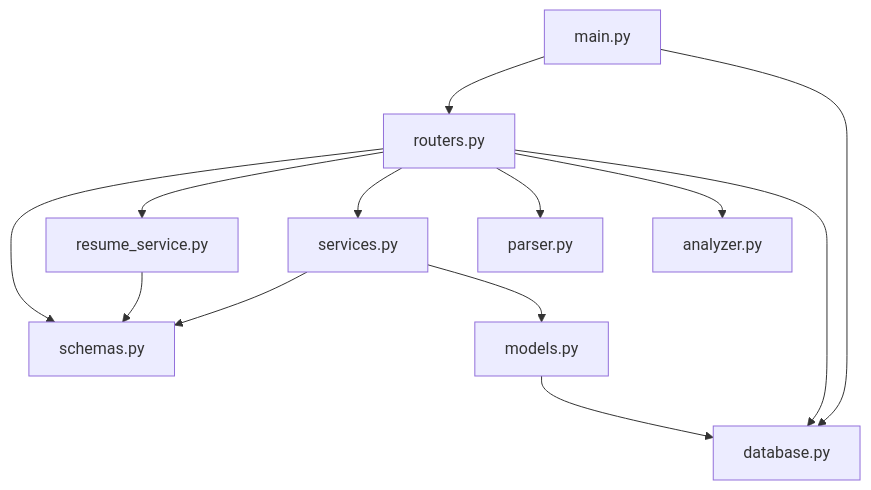
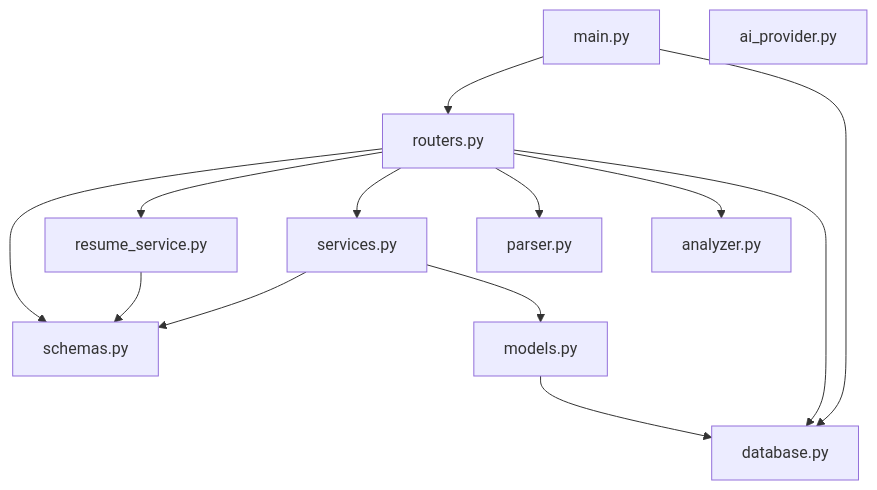
Before and after one commit to walteryt0994/RoleRadar: the diagram in README.md, drawn with Mermaid. The commit also changed other lines of this file and 4 other files, not shown here.

````diff
--- a/README.md
+++ b/README.md
@@ -455,17 +478,19 @@
 ```mermaid
 flowchart TD
     main["main.py"] --> routers["routers.py"]
     main --> database["database.py"]
 
     routers --> schemas["schemas.py"]
     routers --> resume_service["resume_service.py"]
     routers --> services["services.py"]
     routers --> parser["parser.py"]
     routers --> analyzer["analyzer.py"]
     routers --> database
 
     resume_service --> schemas
     services --> schemas
     services --> models["models.py"]
     models --> database
+
+    ai_provider["ai_provider.py"]
 ```
````
